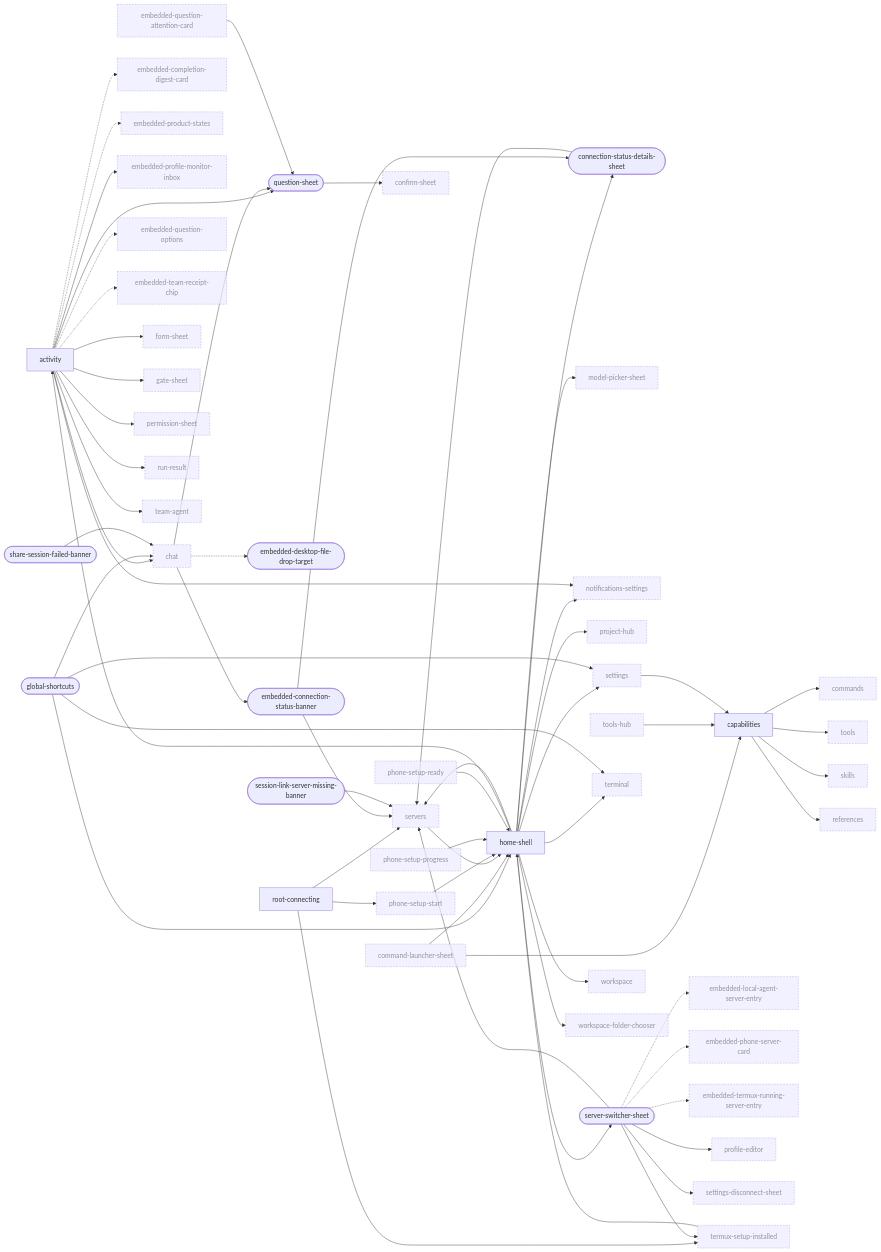
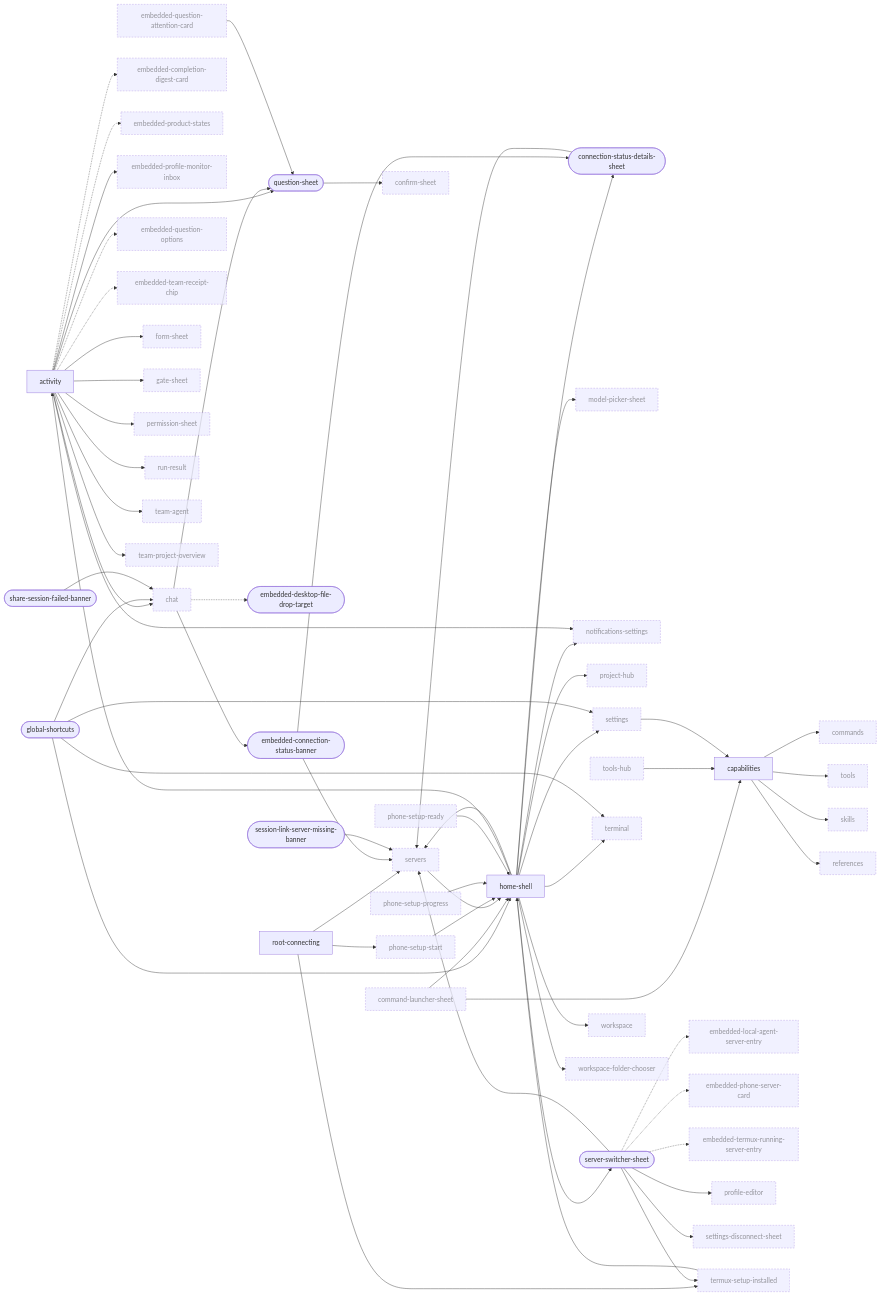
One commit to Breskott/opencode-mobile-next changed the first of 10 diagrams in docs/design/ui-ledger/navigation.md. Above: the diagram before and after it, drawn with Mermaid. The commit also changed other lines of this file and 22 other files, not shown here.

```diff
--- a/docs/design/ui-ledger/navigation.md
+++ b/docs/design/ui-ledger/navigation.md
@@ -62,6 +62,7 @@
   share_session_failed_banner(["share-session-failed-banner"])
   skills["skills"]:::ext
   team_agent["team-agent"]:::ext
+  team_project_overview["team-project-overview"]:::ext
   terminal["terminal"]:::ext
   termux_setup_installed["termux-setup-installed"]:::ext
   tools["tools"]:::ext
@@ -95,6 +96,7 @@
   activity --> form_sheet
   activity --> chat
   activity --> run_result
+  activity --> team_project_overview
   question_sheet --> confirm_sheet
   global_shortcuts --> chat
   global_shortcuts --> settings
```
